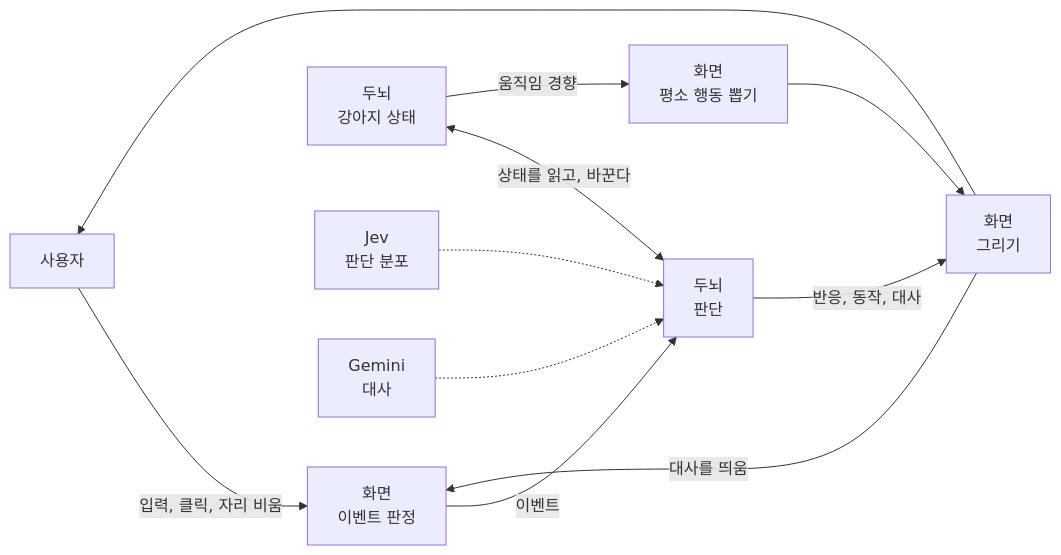
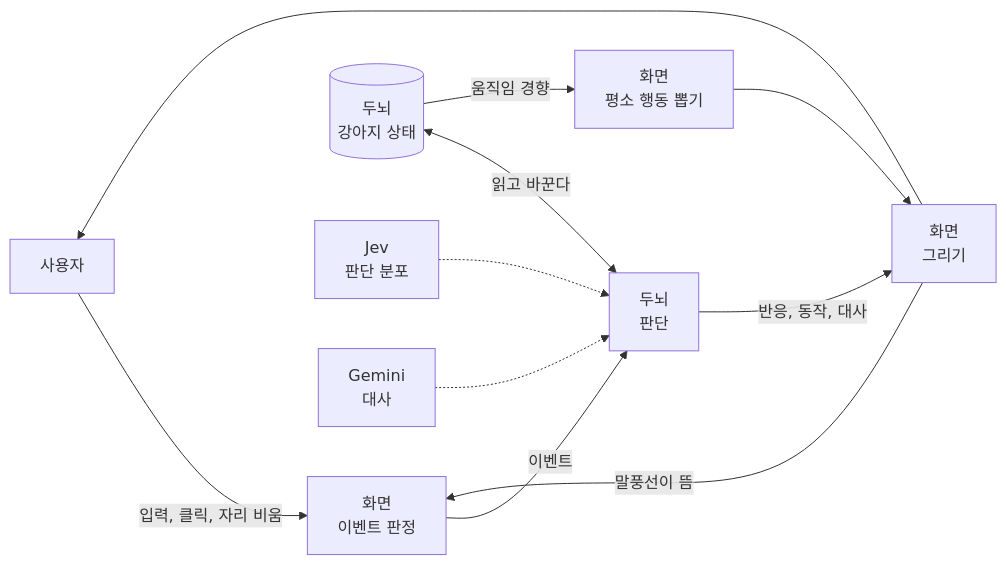
The first of 9 diagrams in ARCHITECTURE.md (HEOSEONGILml/AssistantChatBot), drawn with Mermaid before and after one commit. The commit also changed other lines of this file, not shown here.

Commit message:
docs: ARCHITECTURE 새로 작성(구조·동작만, 코드와 대조, 검수 이력은 요약 문서로)

````diff
--- a/ARCHITECTURE.md
+++ b/ARCHITECTURE.md
@@ -11,13 +9,13 @@
 ```mermaid
 flowchart LR
   U["사용자"] -->|"입력, 클릭, 자리 비움"| DET["화면<br>이벤트 판정"]
   DET -->|"이벤트"| DEC["두뇌<br>판단"]
-  X["두뇌<br>강아지 상태"] <-->|"상태를 읽고, 바꾼다"| DEC
+  ST[("두뇌<br>강아지 상태")] <-->|"읽고 바꾼다"| DEC
   JEV["Jev<br>판단 분포"] -.-> DEC
   GEM["Gemini<br>대사"] -.-> DEC
   DEC -->|"반응, 동작, 대사"| OUT["화면<br>그리기"]
-  X -->|"움직임 경향"| BEH["화면<br>평소 행동 뽑기"]
+  ST -->|"움직임 경향"| BEH["화면<br>평소 행동 뽑기"]
   BEH --> OUT
   OUT --> U
-  OUT -->|"대사를 띄움"| DET
+  OUT -->|"말풍선이 뜸"| DET
 ```
````
